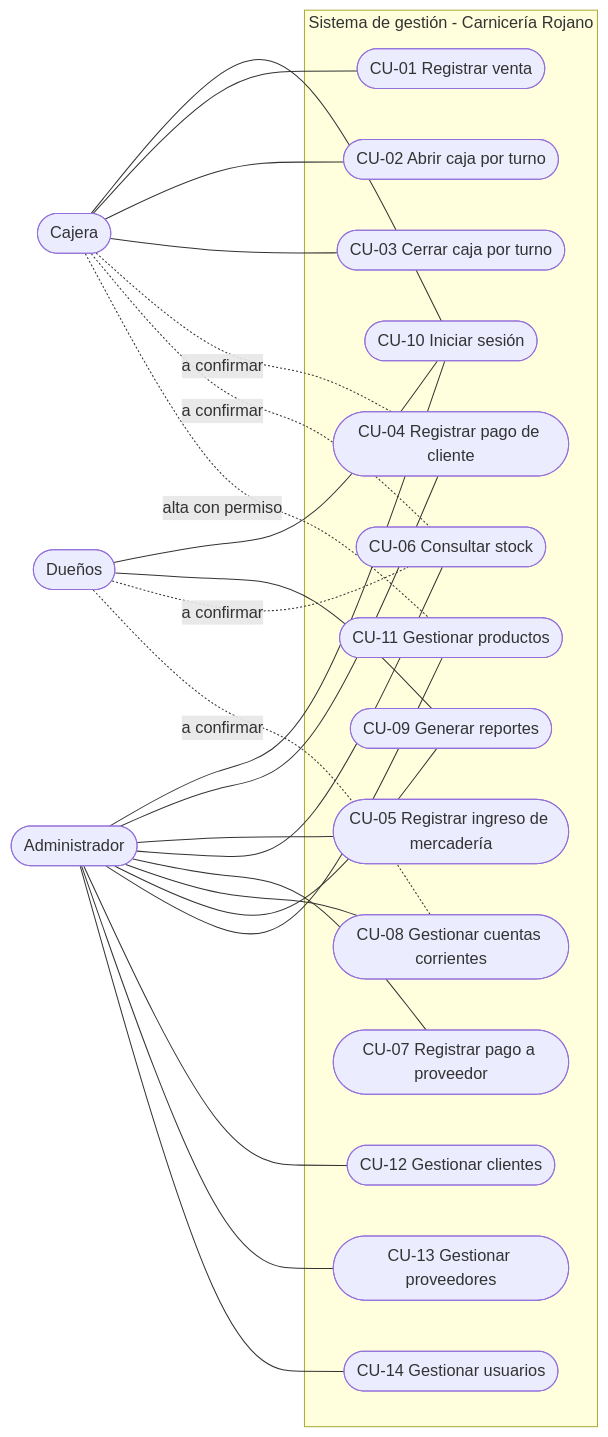
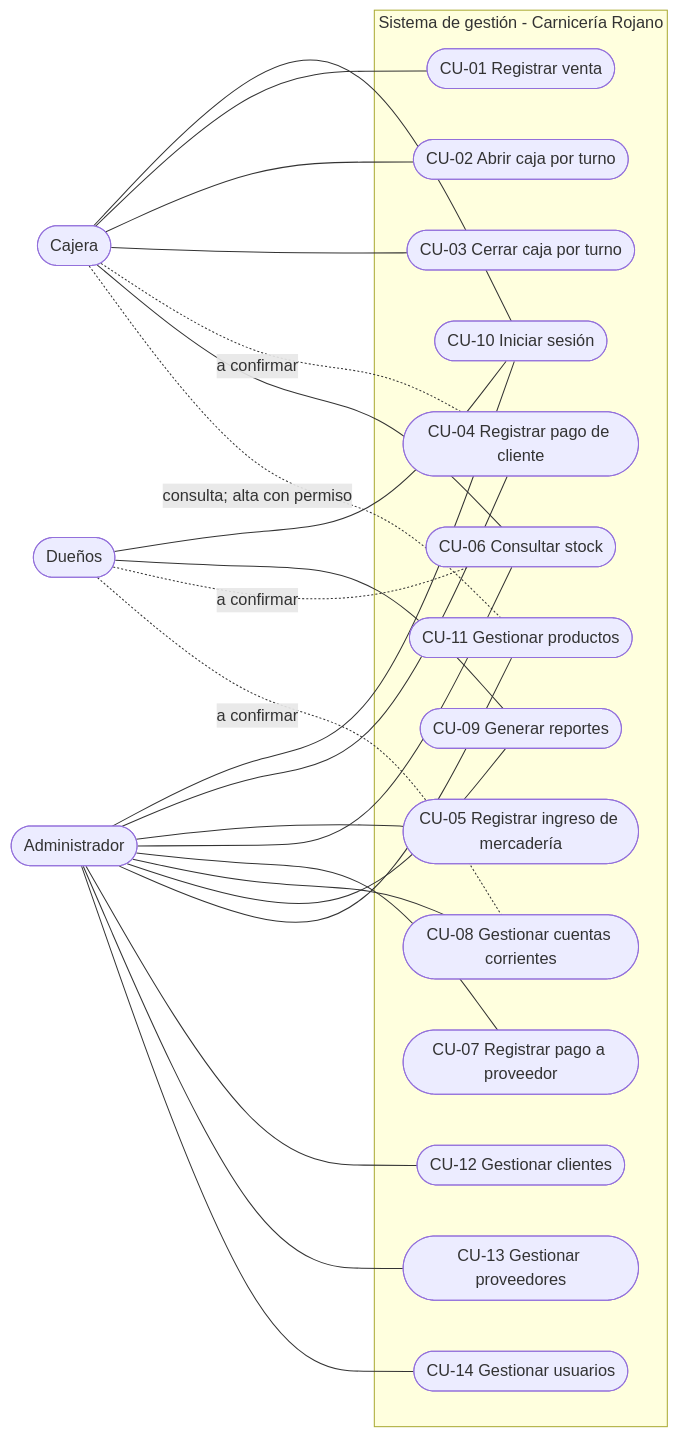
Before and after one commit to Ezequielnav/sistema-gestion-carniceria: the first of 2 diagrams in docs/04-casos-de-uso.md, drawn with Mermaid. The commit also changed other lines of this file and 15 other files, not shown here.

````diff
--- a/docs/04-casos-de-uso.md
+++ b/docs/04-casos-de-uso.md
@@ -52,48 +52,48 @@
 ```mermaid
 flowchart LR
     ADM(["Administrador"])
     CAJ(["Cajera"])
     DUE(["Dueños"])
 
     subgraph SIS["Sistema de gestión - Carnicería Rojano"]
         CU10(["CU-10 Iniciar sesión"])
         CU01(["CU-01 Registrar venta"])
         CU02(["CU-02 Abrir caja por turno"])
         CU03(["CU-03 Cerrar caja por turno"])
         CU04(["CU-04 Registrar pago de cliente"])
         CU05(["CU-05 Registrar ingreso de mercadería"])
         CU06(["CU-06 Consultar stock"])
         CU07(["CU-07 Registrar pago a proveedor"])
         CU08(["CU-08 Gestionar cuentas corrientes"])
         CU09(["CU-09 Generar reportes"])
         CU11(["CU-11 Gestionar productos"])
         CU12(["CU-12 Gestionar clientes"])
         CU13(["CU-13 Gestionar proveedores"])
         CU14(["CU-14 Gestionar usuarios"])
     end
 
     CAJ --- CU10
     CAJ --- CU01
     CAJ --- CU02
     CAJ --- CU03
     CAJ -. "a confirmar" .- CU04
-    CAJ -. "a confirmar" .- CU06
-    CAJ -. "alta con permiso" .- CU11
+    CAJ --- CU06
+    CAJ -. "consulta; alta con permiso" .- CU11
 
     ADM --- CU10
     ADM --- CU04
     ADM --- CU05
     ADM --- CU06
     ADM --- CU07
     ADM --- CU08
     ADM --- CU09
     ADM --- CU11
     ADM --- CU12
     ADM --- CU13
     ADM --- CU14
 
     DUE --- CU10
     DUE --- CU09
     DUE -. "a confirmar" .- CU06
     DUE -. "a confirmar" .- CU08
 ```
````
